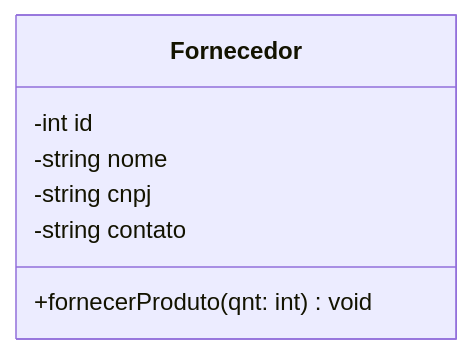
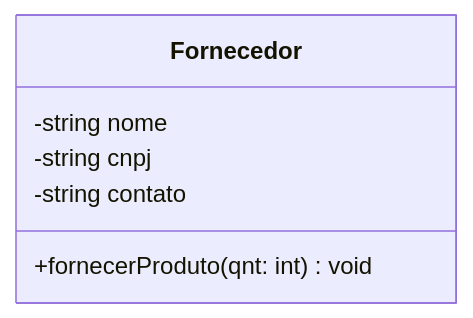
Before and after one commit to gabrielriosdias/poojavaceub-grupo2: the diagram in fornecedor.md, drawn with Mermaid.

````diff
--- a/fornecedor.md
+++ b/fornecedor.md
@@ -1,10 +1,9 @@
 ```mermaid 
 classDiagram
     class Fornecedor {
-        -int id
         -string nome
         -string cnpj
         -string contato
         +fornecerProduto(qnt: int) void
  }
 ``` 
````
